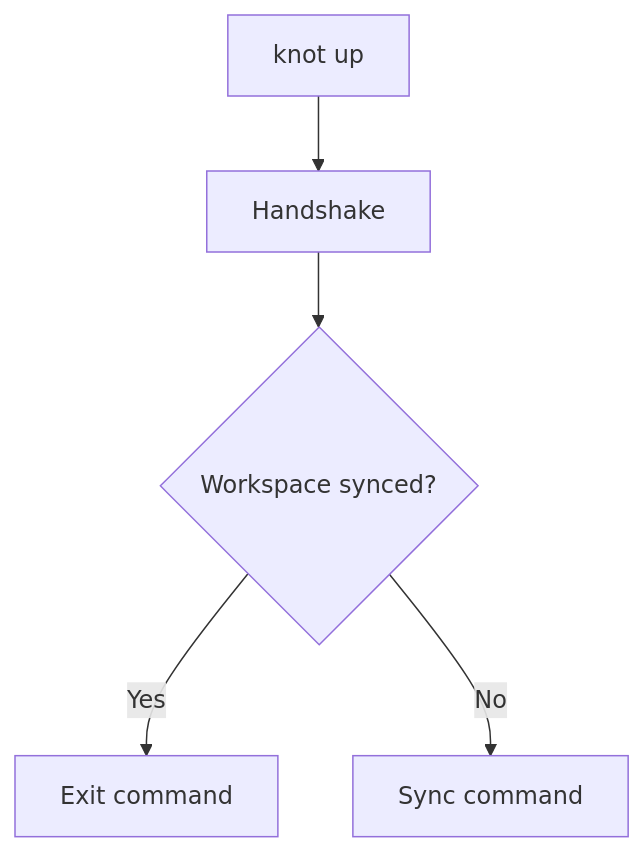
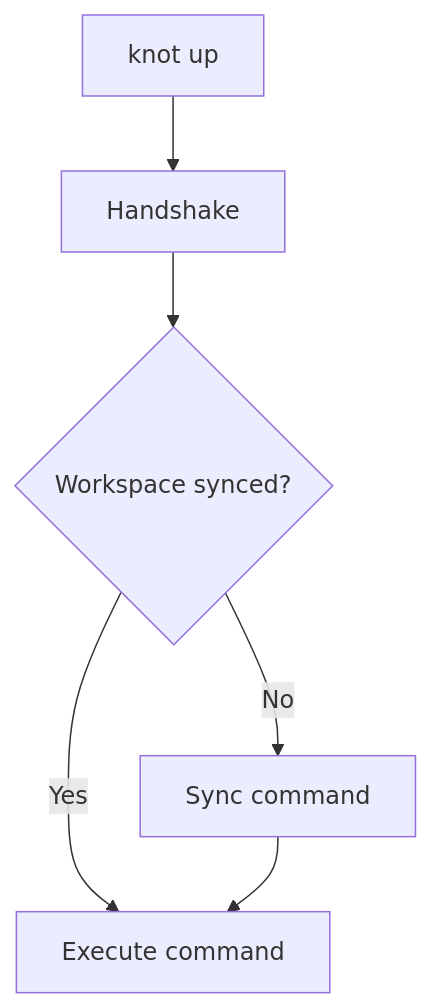
Before and after one commit to kand1ss/knot-ops: the diagram in docs/flows/commands/up.md, drawn with Mermaid. The commit also changed 1 other file, not shown here.

Commit message:
docs(roadmap, flows): refine roadmap goals and align command flow with updated logic

````diff
--- a/docs/flows/commands/up.md
+++ b/docs/flows/commands/up.md
@@ -1,7 +1,8 @@
 ```mermaid
 flowchart TD
     A[knot up] --> B[Handshake]
     B --> C{Workspace synced?}
-    C -->|Yes| E[Exit command]
+    C -->|Yes| E[Execute command]
     C -->|No| D[Sync command]
+    D --> E
 ```
````
